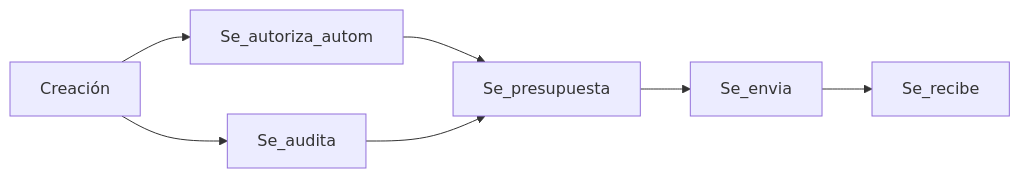
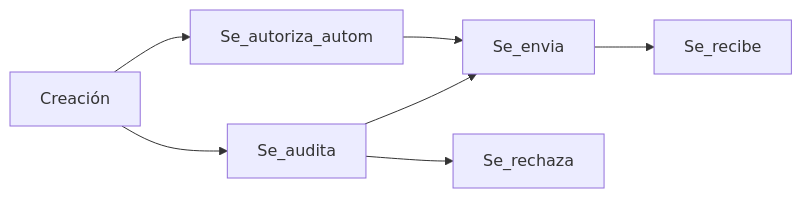
Before and after one commit to Wieworki/pharmacyAdministration: the first of 2 diagrams in README.md, drawn with Mermaid. The commit also changed other lines of this file, not shown here.

````diff
--- a/README.md
+++ b/README.md
@@ -60,9 +70,9 @@
 ```mermaid
 graph LR;
     Creación-->Se_audita;
     Creación-->Se_autoriza_autom;
-    Se_autoriza_autom-->Se_presupuesta;
-    Se_audita-->Se_presupuesta;
-    Se_presupuesta-->Se_envia;
+    Se_autoriza_autom-->Se_envia;
+    Se_audita-->Se_envia;
+    Se_audita-->Se_rechaza;
     Se_envia-->Se_recibe;
 ```
````
